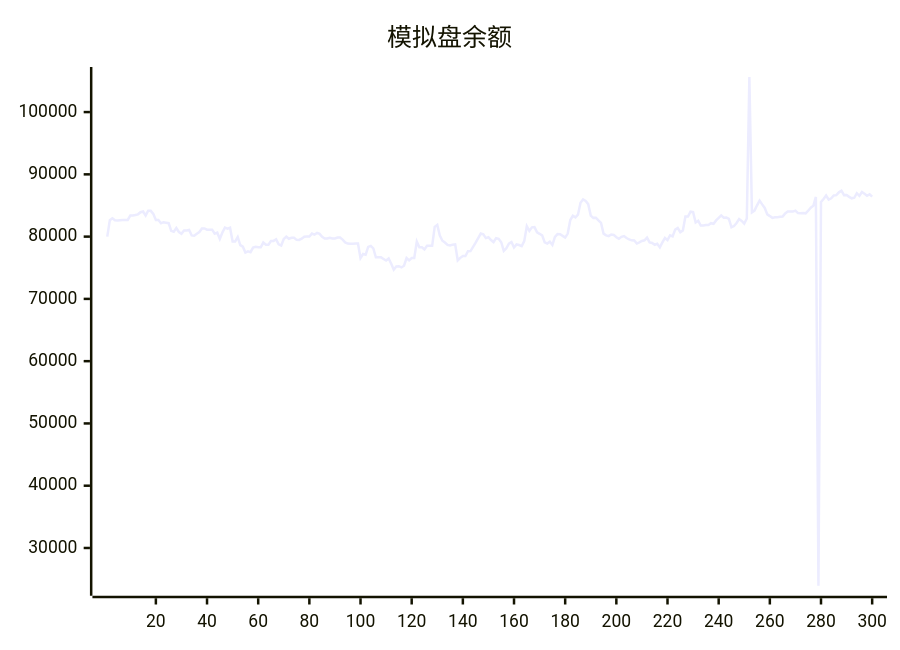
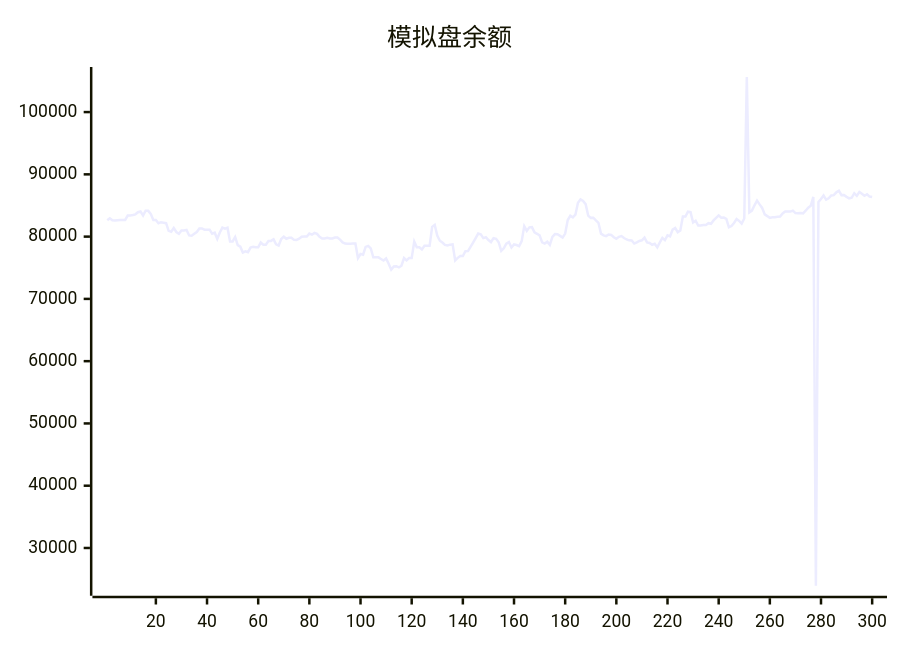
The diagram in README.md (aahl/ai-trading), drawn with Mermaid before and after one commit. The commit also changed other lines of this file and 1 other file, not shown here.

````diff
--- a/README.md
+++ b/README.md
@@ -5,5 +5,5 @@
 ```mermaid
 xychart
     title "模拟盘余额"
-    line [79993,82625,82950,82626,82571,82633,82670,82670,82681,83386,83378,83464,83579,83920,84037,83402,84160,84142,83652,82655,82655,82145,82315,82243,82163,80934,80770,81371,80742,80468,80989,80989,81067,80191,80155,80450,80737,81309,81309,81106,81119,81119,80471,80631,79624,80670,81448,81290,81429,79212,79222,79940,78643,78380,77432,77623,77504,78235,78358,78284,78277,79048,78714,78714,79290,79308,79567,78763,78563,79603,79988,79652,79813,79813,79476,79469,79673,79995,80015,80015,80486,80314,80600,80436,79966,79689,79689,79819,79692,79692,79850,79850,79518,79071,78889,78850,78850,78878,78878,76554,77202,77103,78357,78510,78106,76678,76677,76672,76411,76159,76485,75656,74695,75197,75246,75052,75334,76564,76179,76553,76551,79196,78300,78300,77944,78531,78531,78521,81564,81884,80160,79335,79055,78675,78580,78708,78764,76179,76586,76902,76876,77658,77669,78346,79023,79769,80497,80366,79761,79896,79448,79126,79749,79658,79097,77695,78114,78888,79126,78249,78738,78653,78478,79271,81680,80923,81488,81527,80681,80455,80190,79084,78879,79193,78686,79954,80403,80374,80118,79848,80491,82665,83351,83098,83525,85430,85983,85737,85221,83378,83014,83043,82613,82216,80477,80208,80081,80348,80277,79894,79670,79965,80093,79786,79542,79406,79371,78893,79087,79304,79406,79841,79072,78978,78696,78846,78272,79085,79787,79442,80198,80031,81120,81379,80718,80985,83214,83212,83993,83921,82270,82547,81776,81776,81866,81866,82158,82061,82596,83000,83408,83041,83050,82858,81503,81691,82188,82812,82517,82092,82901,105633,83898,84180,85030,85781,85178,84604,83569,83298,83008,83093,83107,83175,83228,83729,84025,84017,84019,84177,83775,83762,83785,83738,84160,84639,84939,86370,23934,85548,86046,86599,85942,86161,86622,86664,87115,87369,86666,86685,86384,86152,86243,86969,86548,87164,86885,86566,86809,86427]
+    line [82625,82950,82626,82571,82633,82670,82670,82681,83386,83378,83464,83579,83920,84037,83402,84160,84142,83652,82655,82655,82145,82315,82243,82163,80934,80770,81371,80742,80468,80989,80989,81067,80191,80155,80450,80737,81309,81309,81106,81119,81119,80471,80631,79624,80670,81448,81290,81429,79212,79222,79940,78643,78380,77432,77623,77504,78235,78358,78284,78277,79048,78714,78714,79290,79308,79567,78763,78563,79603,79988,79652,79813,79813,79476,79469,79673,79995,80015,80015,80486,80314,80600,80436,79966,79689,79689,79819,79692,79692,79850,79850,79518,79071,78889,78850,78850,78878,78878,76554,77202,77103,78357,78510,78106,76678,76677,76672,76411,76159,76485,75656,74695,75197,75246,75052,75334,76564,76179,76553,76551,79196,78300,78300,77944,78531,78531,78521,81564,81884,80160,79335,79055,78675,78580,78708,78764,76179,76586,76902,76876,77658,77669,78346,79023,79769,80497,80366,79761,79896,79448,79126,79749,79658,79097,77695,78114,78888,79126,78249,78738,78653,78478,79271,81680,80923,81488,81527,80681,80455,80190,79084,78879,79193,78686,79954,80403,80374,80118,79848,80491,82665,83351,83098,83525,85430,85983,85737,85221,83378,83014,83043,82613,82216,80477,80208,80081,80348,80277,79894,79670,79965,80093,79786,79542,79406,79371,78893,79087,79304,79406,79841,79072,78978,78696,78846,78272,79085,79787,79442,80198,80031,81120,81379,80718,80985,83214,83212,83993,83921,82270,82547,81776,81776,81866,81866,82158,82061,82596,83000,83408,83041,83050,82858,81503,81691,82188,82812,82517,82092,82901,105633,83898,84180,85030,85781,85178,84604,83569,83298,83008,83093,83107,83175,83228,83729,84025,84017,84019,84177,83775,83762,83785,83738,84160,84639,84939,86370,23934,85548,86046,86599,85942,86161,86622,86664,87115,87369,86666,86685,86384,86152,86243,86969,86548,87164,86885,86566,86809,86427,86348]
 ```
````
